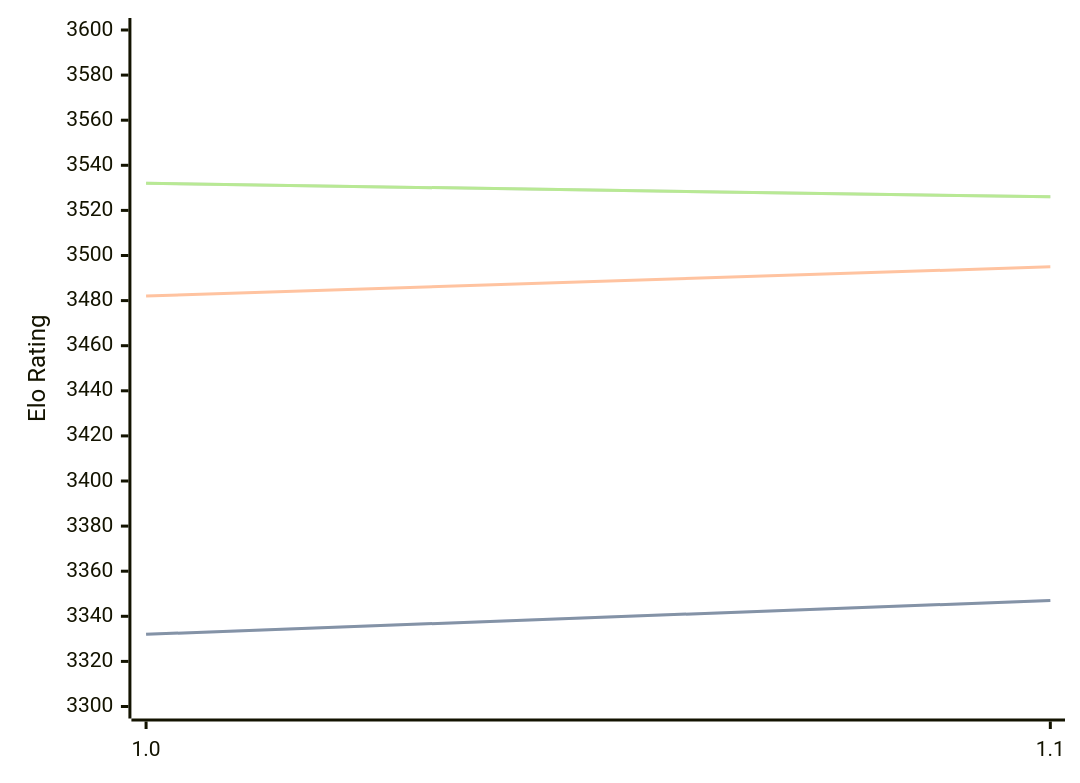
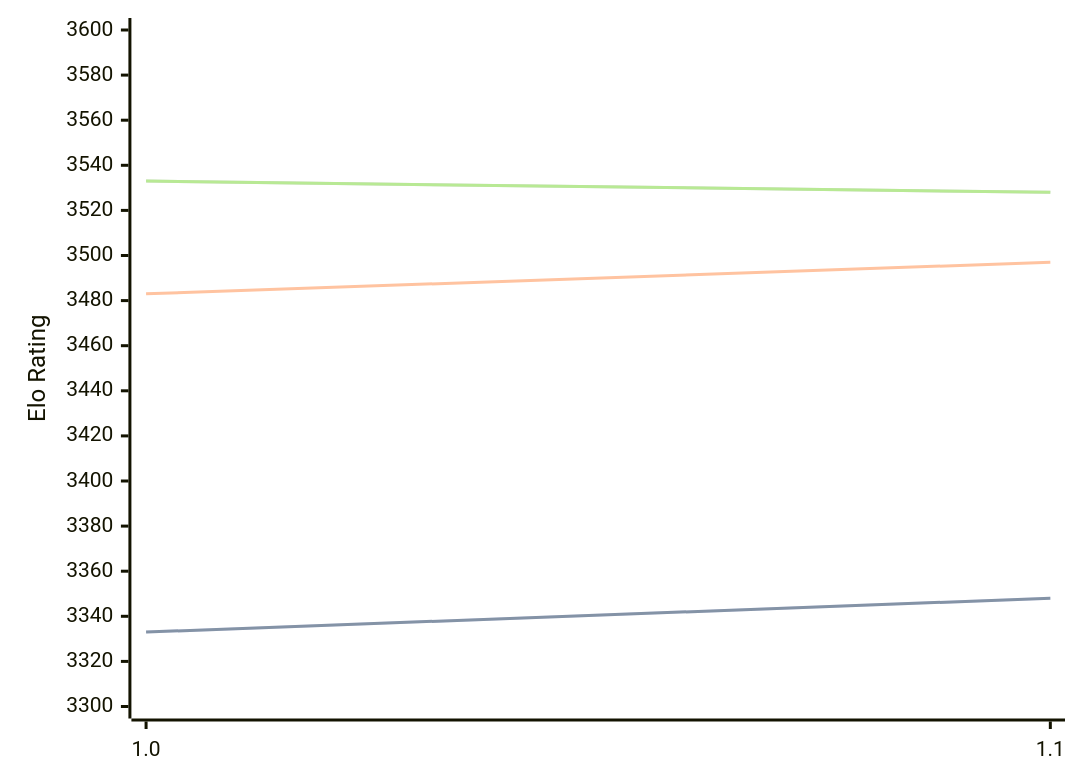
One commit to computer-chess-index/cci changed the diagram in engines/Horsie.md. Above: the diagram before and after it, drawn with Mermaid. The commit also changed other lines of this file, not shown here.

Commit message:
Update CCI Ratings (ELO VLTC) - 2026-08-22

````diff
--- a/engines/Horsie.md
+++ b/engines/Horsie.md
@@ -32,11 +32,11 @@
 ```mermaid
 %%{init: {"theme":"base","themeVariables":{"seriesColors:['#a3a3a3','#222221','#faa371']}}}%%
 xychart-beta
   x-axis ["1.0", "1.1"]
   y-axis "Elo Rating" 3300 --> 3600
-  line "STC (8.0+0.08s)" [3332, 3347]
-  line "STC (8.0+0.08s)" [3332, 3347]
-  line "LTC (60.0+0.60s)" [3482, 3495]
-  line "VLTC (2m24s+1.12s)" [3532, 3526]
-  line "VLTC (2m24s+1.12s)" [3532, 3526]
+  line "STC (8.0+0.08s)" [3333, 3348]
+  line "STC (8.0+0.08s)" [3333, 3348]
+  line "LTC (60.0+0.60s)" [3483, 3497]
+  line "VLTC (2m24s+1.12s)" [3533, 3528]
+  line "VLTC (2m24s+1.12s)" [3533, 3528]
 ```
````
